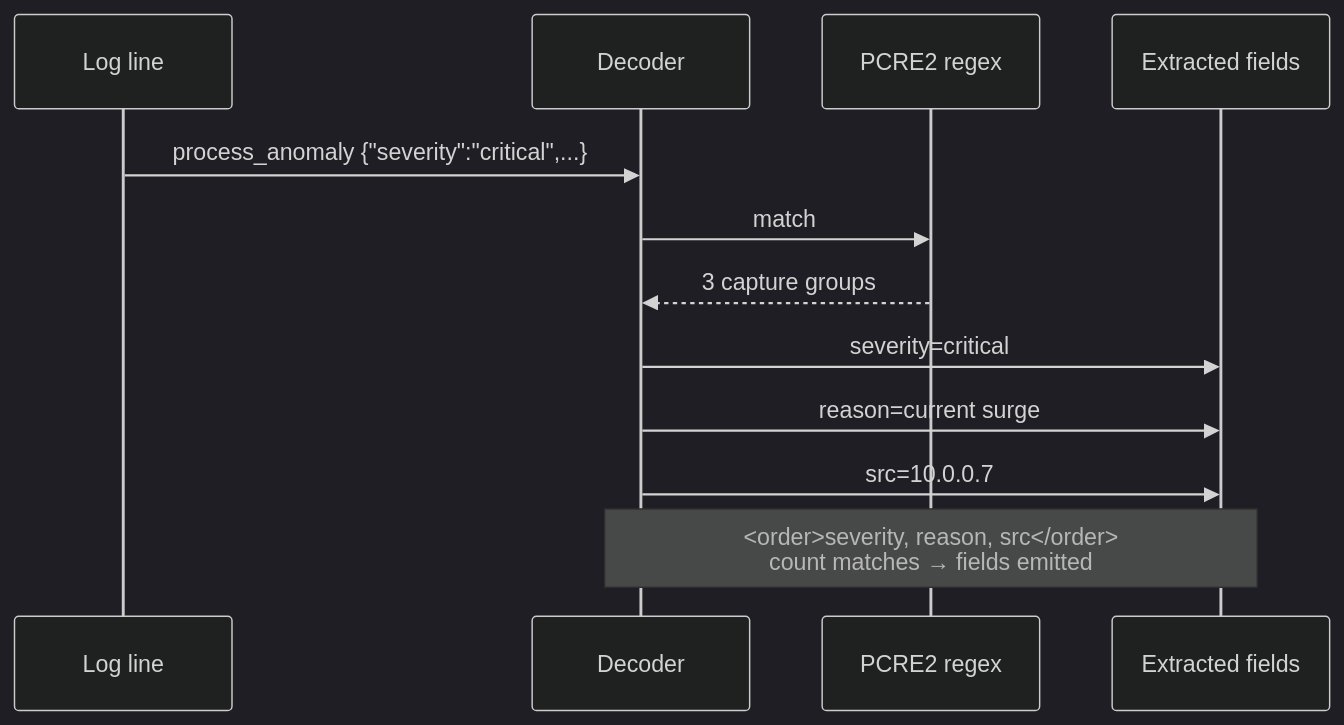
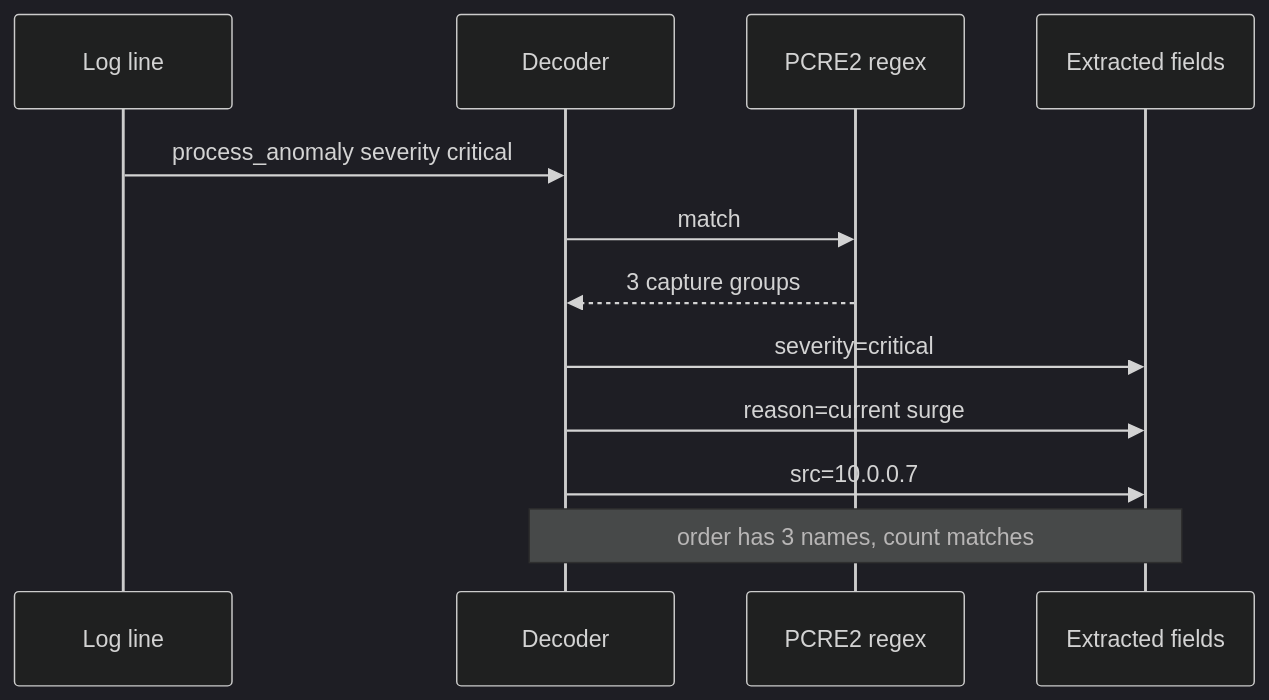
One commit to olufemiadeoye77/ot-soc-refinery changed the second of 3 diagrams in README.md. Above: the diagram before and after it, drawn with Mermaid (dark theme). The commit also changed other lines of this file, not shown here.

````diff
--- a/README.md
+++ b/README.md
@@ -89,15 +91,15 @@
 ```mermaid
 sequenceDiagram
     participant Log as Log line
     participant Dec as Decoder
     participant Re as PCRE2 regex
     participant Out as Extracted fields
 
-    Log->>Dec: process_anomaly {"severity":"critical",...}
+    Log->>Dec: process_anomaly severity critical
     Dec->>Re: match
     Re-->>Dec: 3 capture groups
     Dec->>Out: severity=critical
     Dec->>Out: reason=current surge
     Dec->>Out: src=10.0.0.7
-    Note over Dec,Out: <order>severity, reason, src</order><br/>count matches → fields emitted
+    Note over Dec,Out: order has 3 names, count matches
 ```
````
